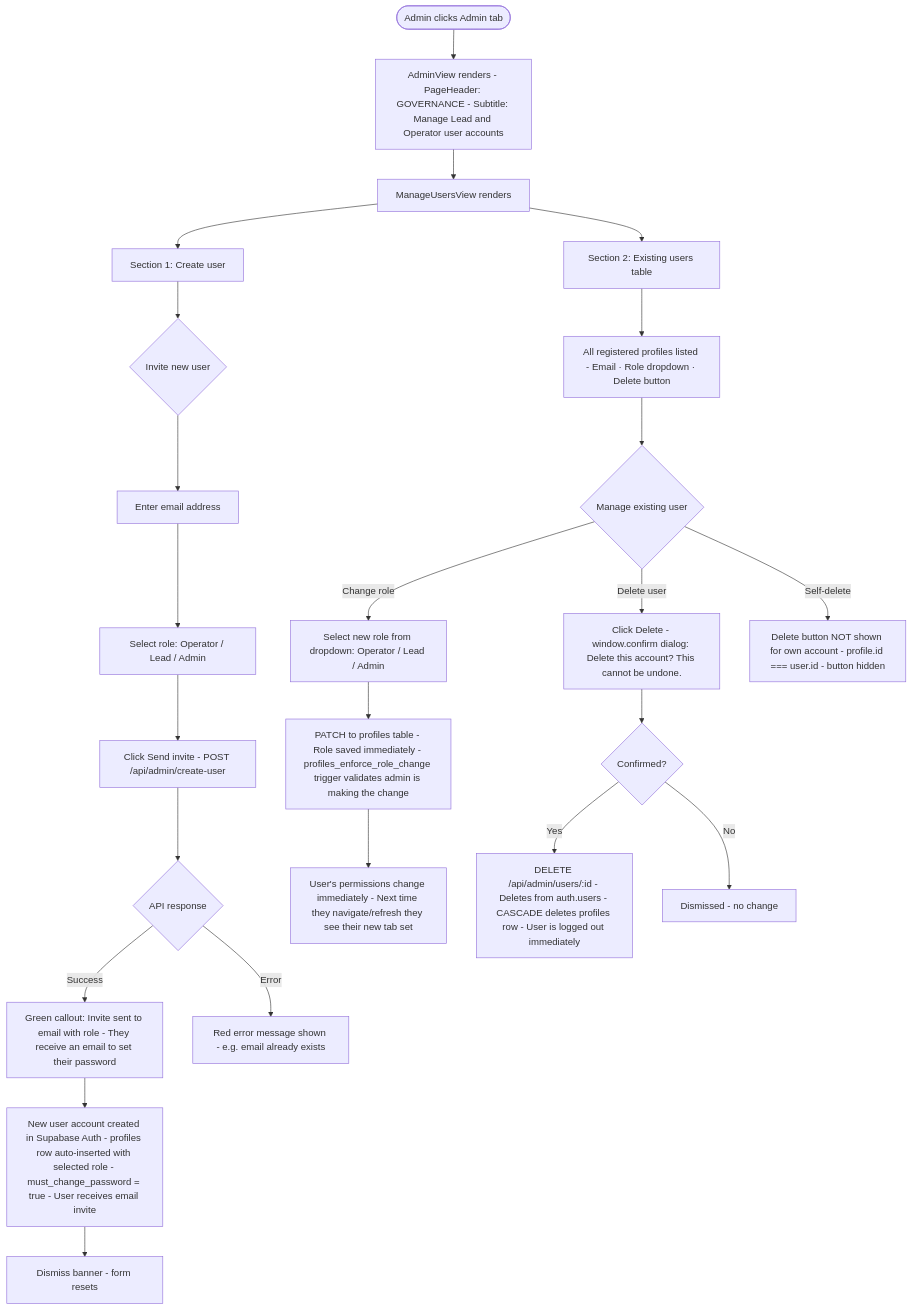
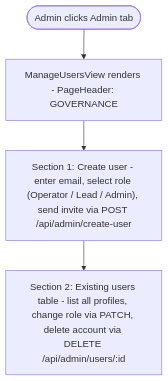
Before and after one commit to Lyduke56/BuckedUp-Dashboard-Lifewood: diagram 16 of 18 in role_workflows.md, drawn with Mermaid. The commit also changed other lines of this file and 6 other files, not shown here.

````diff
--- a/role_workflows.md
+++ b/role_workflows.md
@@ -686,31 +451,6 @@
 ```mermaid
 flowchart TD
-    A([Admin clicks Admin tab]) --> B["AdminView renders - PageHeader: GOVERNANCE - Subtitle: Manage Lead and Operator user accounts"]
-    B --> C[ManageUsersView renders]
-
-    C --> D["Section 1: Create user"]
-    D --> E{Invite new user}
-    E --> F[Enter email address]
-    F --> G["Select role: Operator / Lead / Admin"]
-    G --> H["Click Send invite - POST /api/admin/create-user"]
-    H --> I{API response}
-    I -- Success --> J["Green callout: Invite sent to email with role - They receive an email to set their password"]
-    J --> K["New user account created in Supabase Auth - profiles row auto-inserted with selected role - must_change_password = true - User receives email invite"]
-    K --> L["Dismiss banner - form resets"]
-    I -- Error --> M["Red error message shown - e.g. email already exists"]
-
-    C --> N["Section 2: Existing users table"]
-    N --> O["All registered profiles listed - Email · Role dropdown · Delete button"]
-    O --> P{Manage existing user}
-
-    P -- "Change role" --> Q["Select new role from dropdown: Operator / Lead / Admin"]
-    Q --> R["PATCH to profiles table - Role saved immediately - profiles_enforce_role_change trigger validates admin is making the change"]
-    R --> S["User's permissions change immediately - Next time they navigate/refresh they see their new tab set"]
-
-    P -- "Delete user" --> T["Click Delete - window.confirm dialog: Delete this account? This cannot be undone."]
-    T --> U{Confirmed?}
-    U -- Yes --> V["DELETE /api/admin/users/:id - Deletes from auth.users - CASCADE deletes profiles row - User is logged out immediately"]
-    U -- No --> W["Dismissed - no change"]
-
-    P -- "Self-delete" --> X["Delete button NOT shown for own account - profile.id === user.id - button hidden"]
+    A([Admin clicks Admin tab]) --> B["ManageUsersView renders - PageHeader: GOVERNANCE"]
+    B --> C["Section 1: Create user - enter email, select role (Operator / Lead / Admin), send invite via POST /api/admin/create-user"]
+    C --> D["Section 2: Existing users table - list all profiles, change role via PATCH, delete account via DELETE /api/admin/users/:id"]
 ```
````
